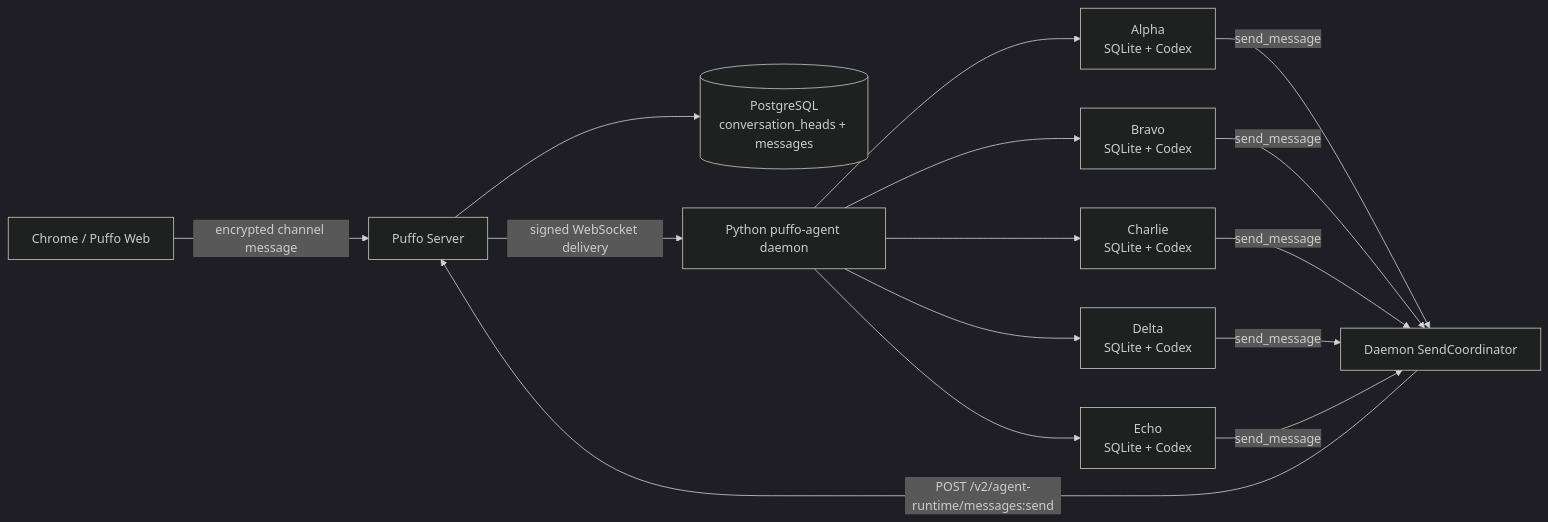
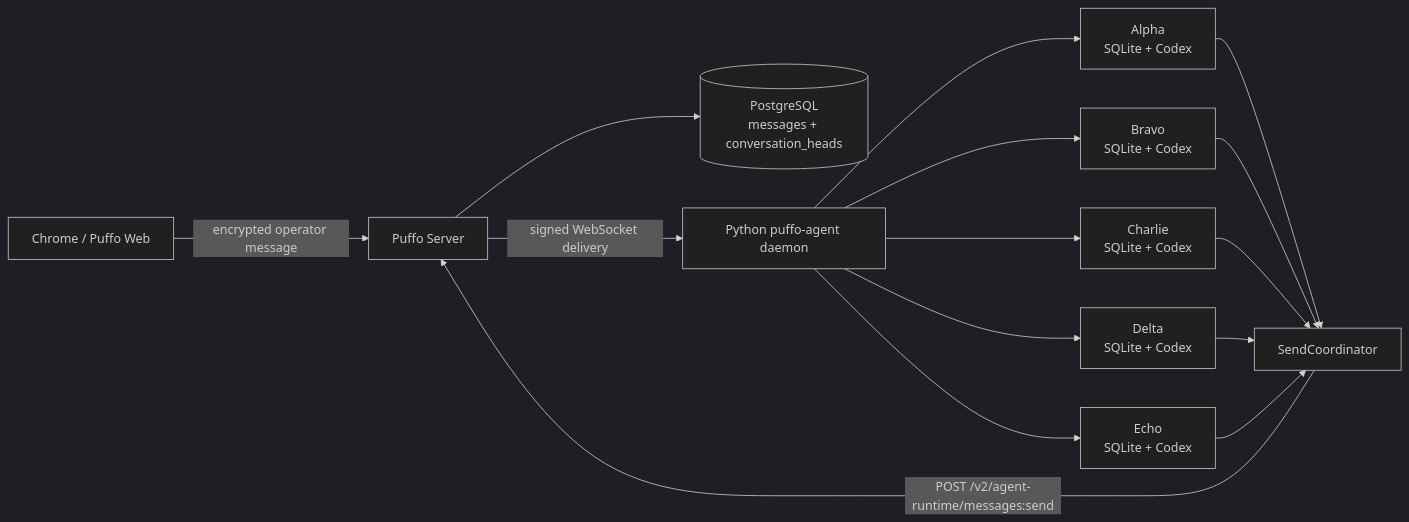
The first of 3 diagrams in docs/integration-tests/python-agent-message-runtime-system-e2e-20260728.md (TZZheng/puffo-agent), drawn with Mermaid (dark theme) before and after one commit. The commit also changed other lines of this file, not shown here.

Commit message:
docs: record final message runtime system test

````diff
--- a/docs/integration-tests/python-agent-message-runtime-system-e2e-20260728.md
+++ b/docs/integration-tests/python-agent-message-runtime-system-e2e-20260728.md
@@ -41,13 +38,13 @@
 ```mermaid
 flowchart LR
-    Browser[Chrome / Puffo Web] -->|encrypted channel message| Server[Puffo Server]
-    Server --> PG[(PostgreSQL<br/>conversation_heads + messages)]
+    Browser[Chrome / Puffo Web] -->|encrypted operator message| Server[Puffo Server]
+    Server --> PG[(PostgreSQL<br/>messages + conversation_heads)]
     Server -->|signed WebSocket delivery| Daemon[Python puffo-agent daemon]
     Daemon --> A[Alpha<br/>SQLite + Codex]
     Daemon --> B[Bravo<br/>SQLite + Codex]
     Daemon --> C[Charlie<br/>SQLite + Codex]
     Daemon --> D[Delta<br/>SQLite + Codex]
     Daemon --> E[Echo<br/>SQLite + Codex]
-    A & B & C & D & E -->|send_message| Coordinator[Daemon SendCoordinator]
+    A & B & C & D & E --> Coordinator[SendCoordinator]
     Coordinator -->|POST /v2/agent-runtime/messages:send| Server
 ```
````
